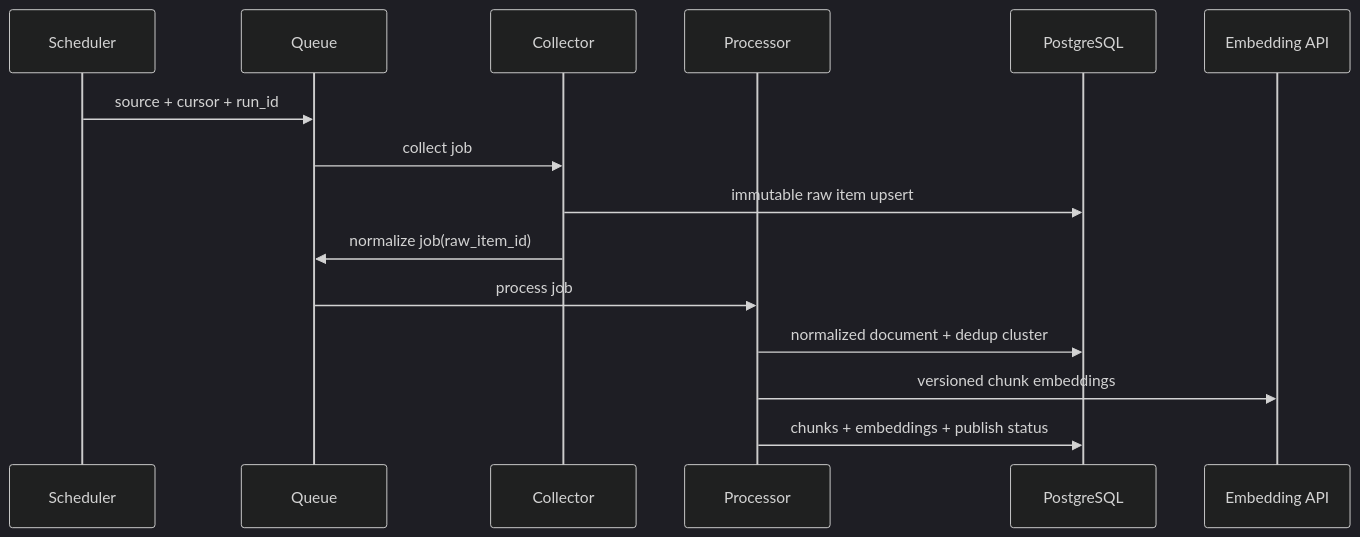
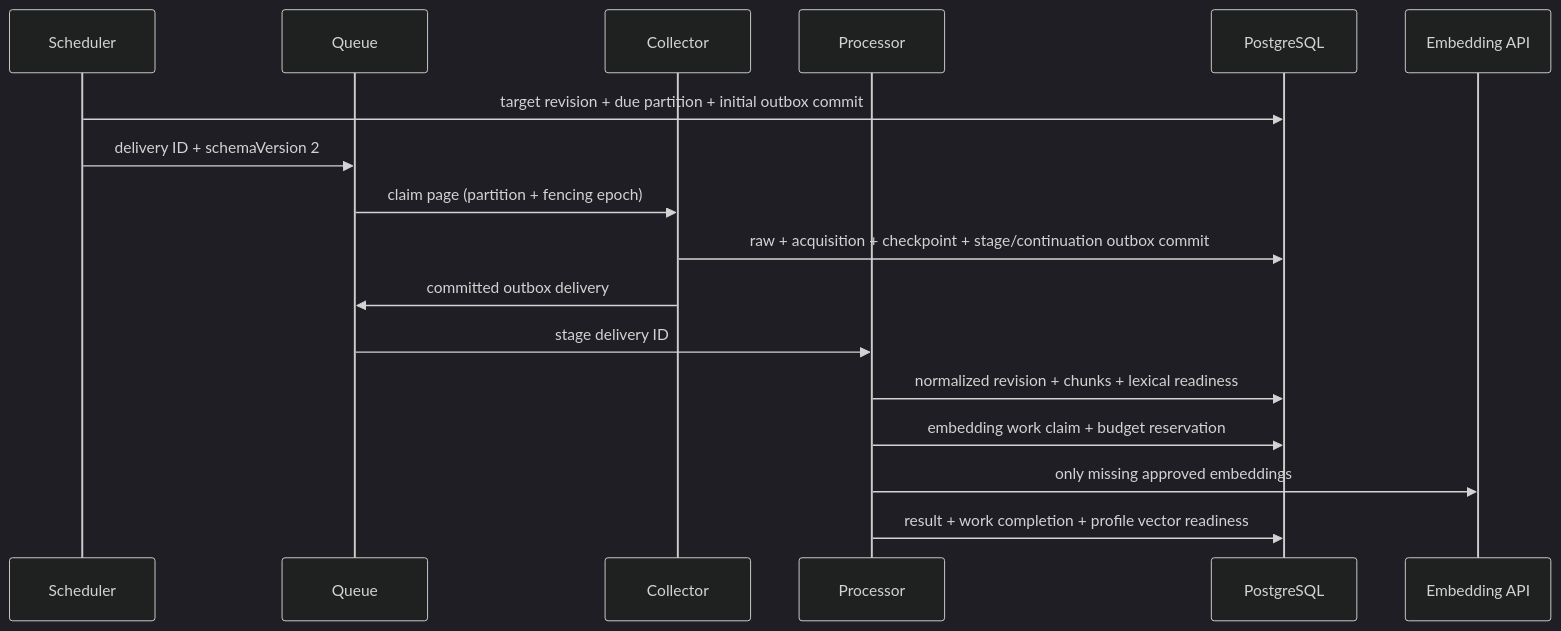
The second of 3 diagrams in docs/ARCHITECTURE.md (lulupang2/tech_p), drawn with Mermaid (dark theme) before and after one commit. The commit also changed other lines of this file and 51 other files, not shown here.

````diff
--- a/docs/ARCHITECTURE.md
+++ b/docs/ARCHITECTURE.md
@@ -52,18 +53,20 @@
 ```mermaid
 sequenceDiagram
     participant S as Scheduler
     participant Q as Queue
     participant C as Collector
     participant P as Processor
     participant D as PostgreSQL
     participant E as Embedding API
 
-    S->>Q: source + cursor + run_id
-    Q->>C: collect job
-    C->>D: immutable raw item upsert
-    C->>Q: normalize job(raw_item_id)
-    Q->>P: process job
-    P->>D: normalized document + dedup cluster
-    P->>E: versioned chunk embeddings
-    P->>D: chunks + embeddings + publish status
+    S->>D: target revision + due partition + initial outbox commit
+    S->>Q: delivery ID + schemaVersion 2
+    Q->>C: claim page (partition + fencing epoch)
+    C->>D: raw + acquisition + checkpoint + stage/continuation outbox commit
+    C->>Q: committed outbox delivery
+    Q->>P: stage delivery ID
+    P->>D: normalized revision + chunks + lexical readiness
+    P->>D: embedding work claim + budget reservation
+    P->>E: only missing approved embeddings
+    P->>D: result + work completion + profile vector readiness
 ```
````
